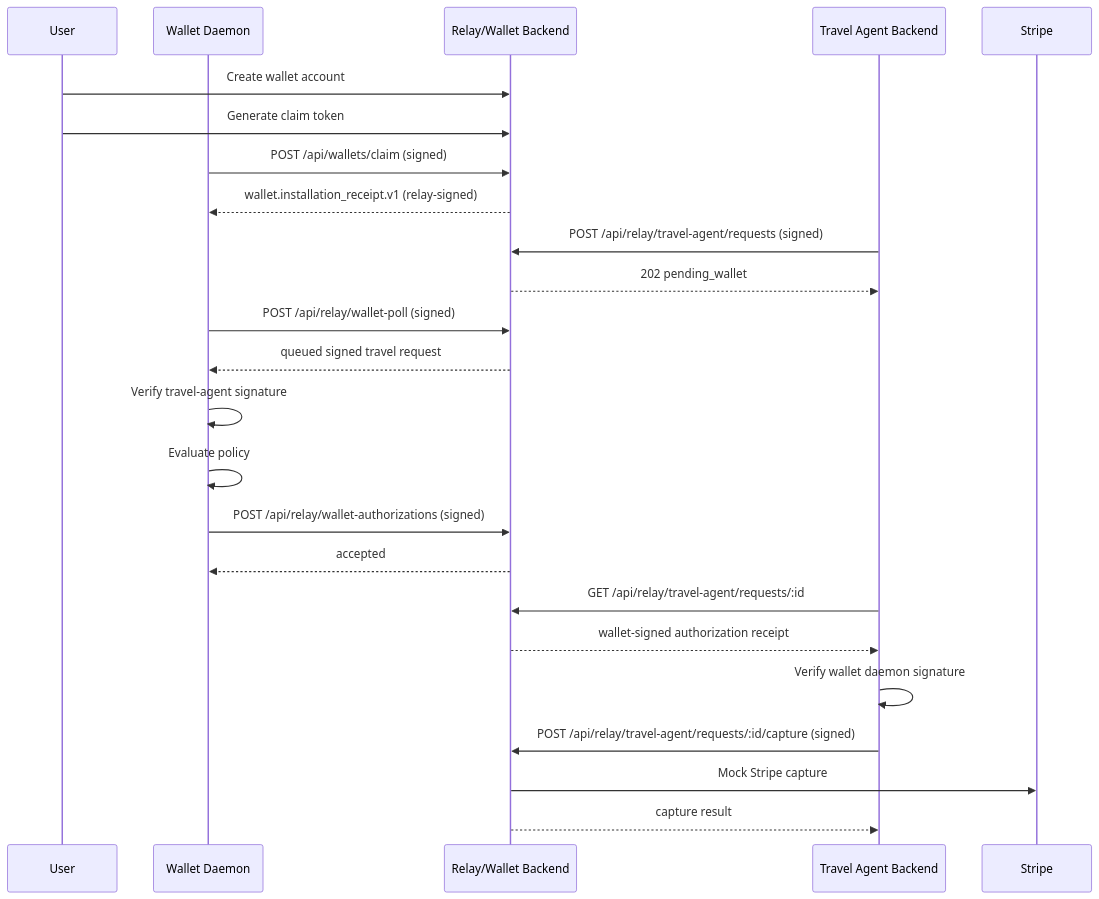
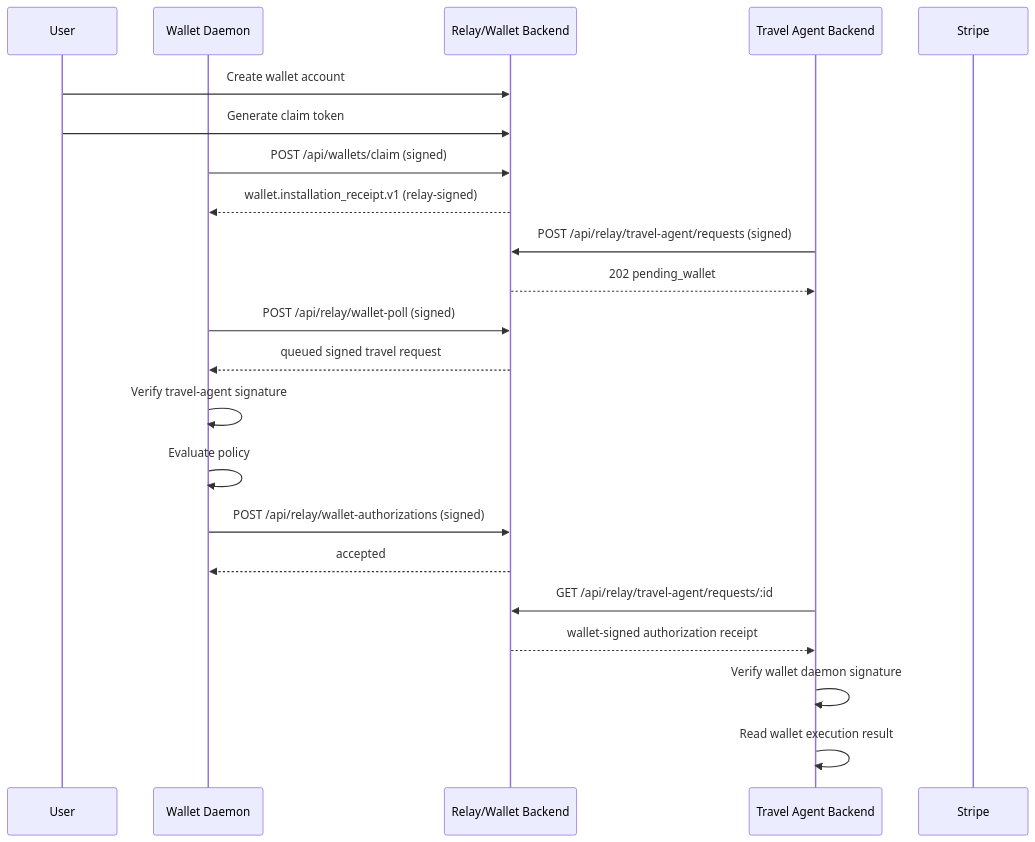
Before and after one commit to WaltzOfWhispers/countersign: the diagram in docs/travel-agent-integration.md, drawn with Mermaid. The commit also changed other lines of this file and 32 other files, not shown here.

````diff
--- a/docs/travel-agent-integration.md
+++ b/docs/travel-agent-integration.md
@@ -427,32 +451,29 @@
 ```mermaid
 sequenceDiagram
   participant U as User
   participant W as Wallet Daemon
   participant R as Relay/Wallet Backend
   participant T as Travel Agent Backend
   participant S as Stripe
 
   U->>R: Create wallet account
   U->>R: Generate claim token
   W->>R: POST /api/wallets/claim (signed)
   R-->>W: wallet.installation_receipt.v1 (relay-signed)
 
   T->>R: POST /api/relay/travel-agent/requests (signed)
   R-->>T: 202 pending_wallet
 
   W->>R: POST /api/relay/wallet-poll (signed)
   R-->>W: queued signed travel request
 
   W->>W: Verify travel-agent signature
   W->>W: Evaluate policy
   W->>R: POST /api/relay/wallet-authorizations (signed)
   R-->>W: accepted
 
   T->>R: GET /api/relay/travel-agent/requests/:id
   R-->>T: wallet-signed authorization receipt
   T->>T: Verify wallet daemon signature
-
-  T->>R: POST /api/relay/travel-agent/requests/:id/capture (signed)
-  R->>S: Mock Stripe capture
-  R-->>T: capture result
+  T->>T: Read wallet execution result
 ```
````
